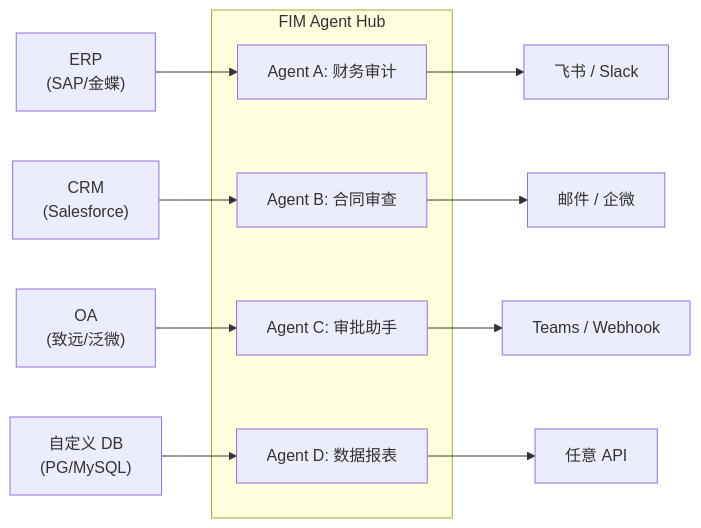
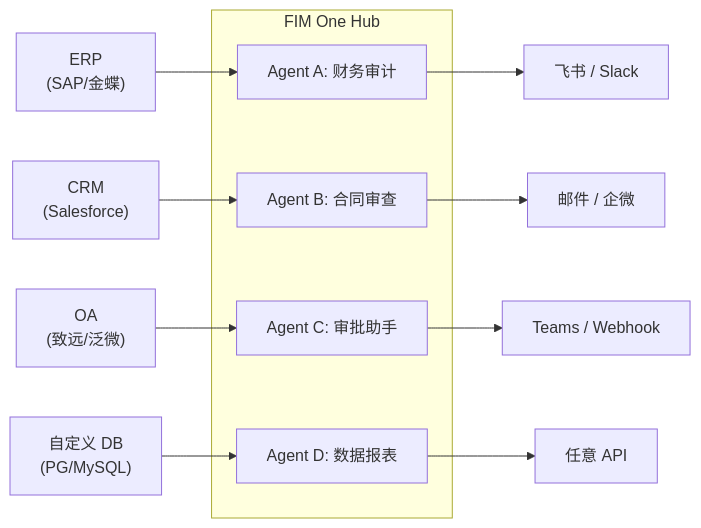
Before and after one commit to fim-ai/fim-agent: the third of 4 diagrams in README.zh.md, drawn with Mermaid. The commit also changed other lines of this file and 463 other files, not shown here.

First line of the commit message:
refactor: rename package from fim_agent to fim_one

````diff
--- a/README.zh.md
+++ b/README.zh.md
@@ -201,17 +201,17 @@
 ```mermaid
 graph LR
     ERP["ERP<br/>(SAP/金蝶)"] --> A
     CRM["CRM<br/>(Salesforce)"] --> B
     OA["OA<br/>(致远/泛微)"] --> C
     DB["自定义 DB<br/>(PG/MySQL)"] --> D
-    subgraph Hub["FIM Agent Hub"]
+    subgraph Hub["FIM One Hub"]
         A["Agent A: 财务审计"]
         B["Agent B: 合同审查"]
         C["Agent C: 审批助手"]
         D["Agent D: 数据报表"]
     end
     A --> O1["飞书 / Slack"]
     B --> O2["邮件 / 企微"]
     C --> O3["Teams / Webhook"]
     D --> O4["任意 API"]
 ```
````
